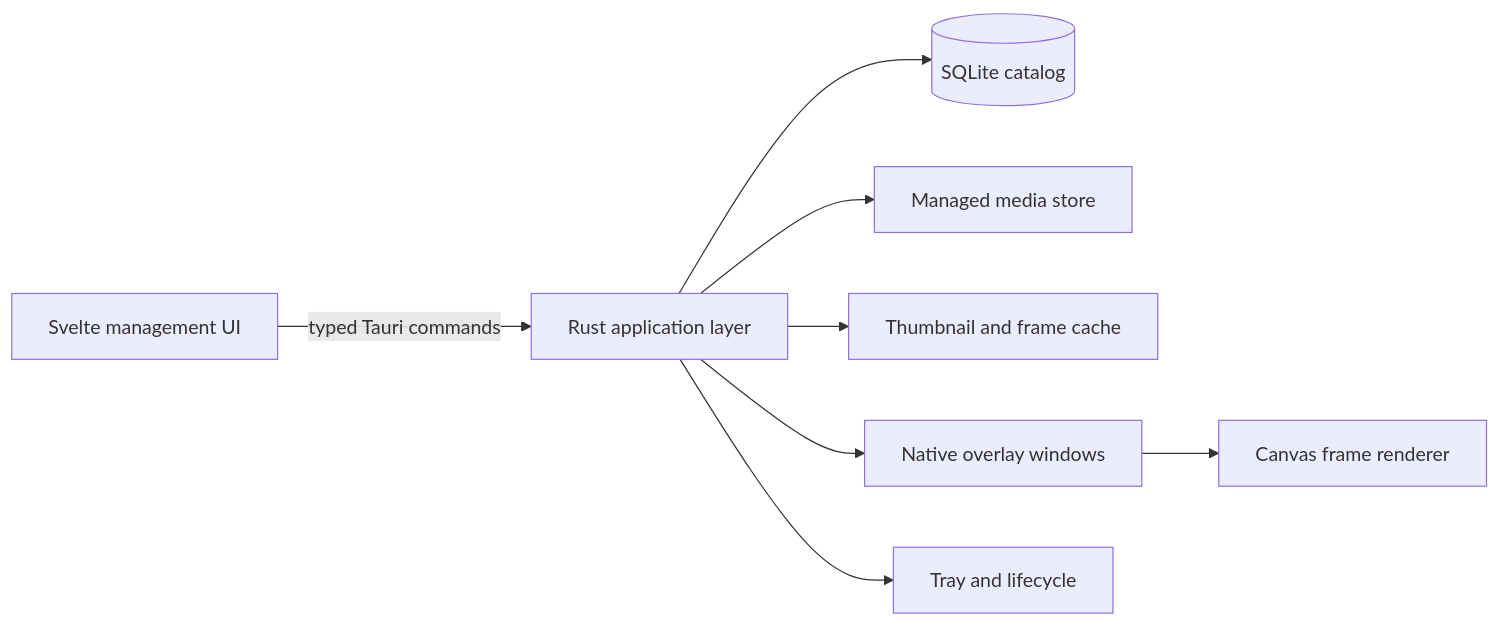
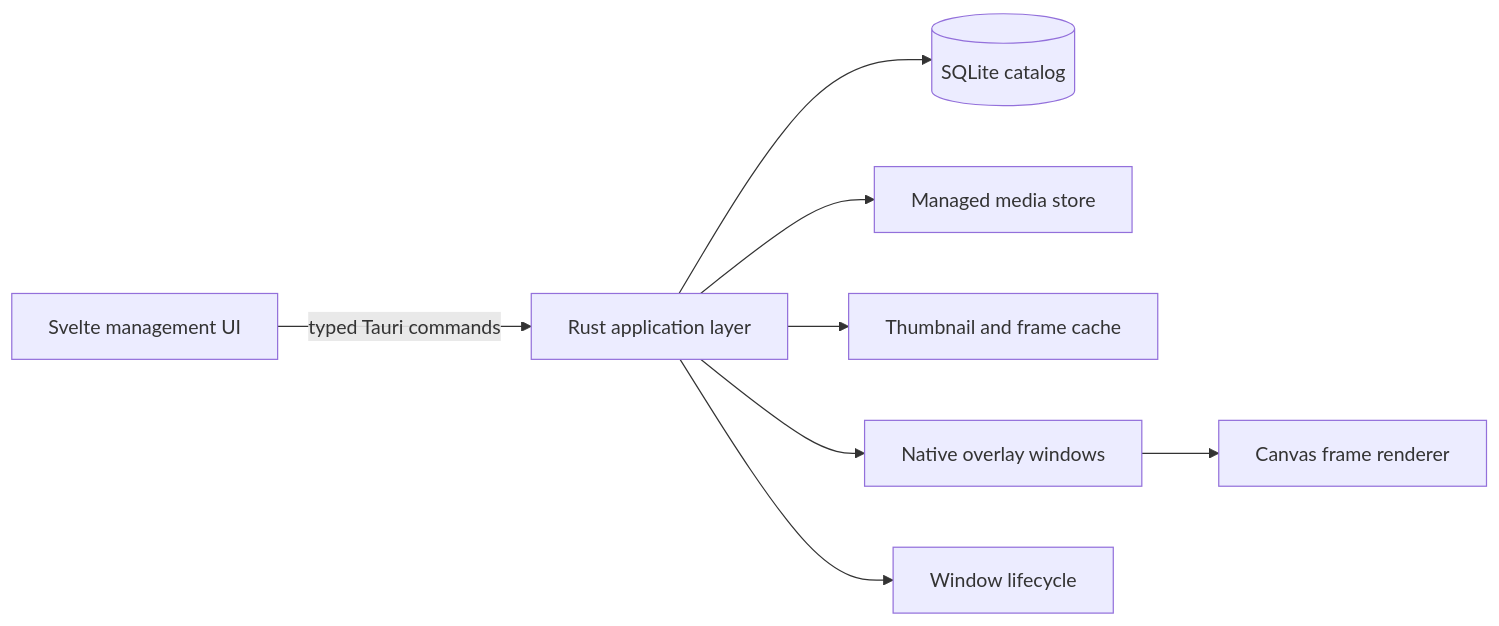
Before and after one commit to bayurifkialghifari/lumadesk: the diagram in architecture.md, drawn with Mermaid. The commit also changed other lines of this file and 61 other files, not shown here.

````diff
--- a/architecture.md
+++ b/architecture.md
@@ -7,10 +7,10 @@
 ```mermaid
 flowchart LR
   UI[Svelte management UI] -->|typed Tauri commands| APP[Rust application layer]
   APP --> DB[(SQLite catalog)]
   APP --> MEDIA[Managed media store]
   APP --> CACHE[Thumbnail and frame cache]
   APP --> WINDOWS[Native overlay windows]
   WINDOWS --> RENDER[Canvas frame renderer]
-  APP --> TRAY[Tray and lifecycle]
+  APP --> LIFECYCLE[Window lifecycle]
 ```
````
